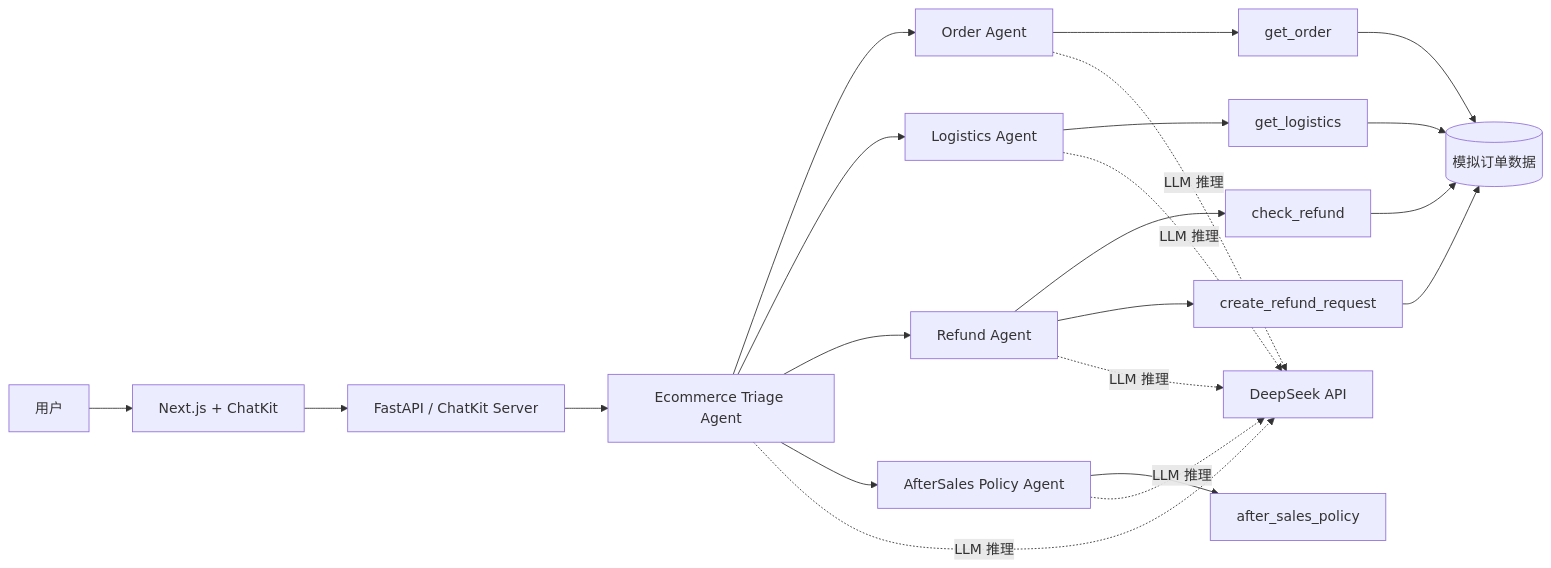
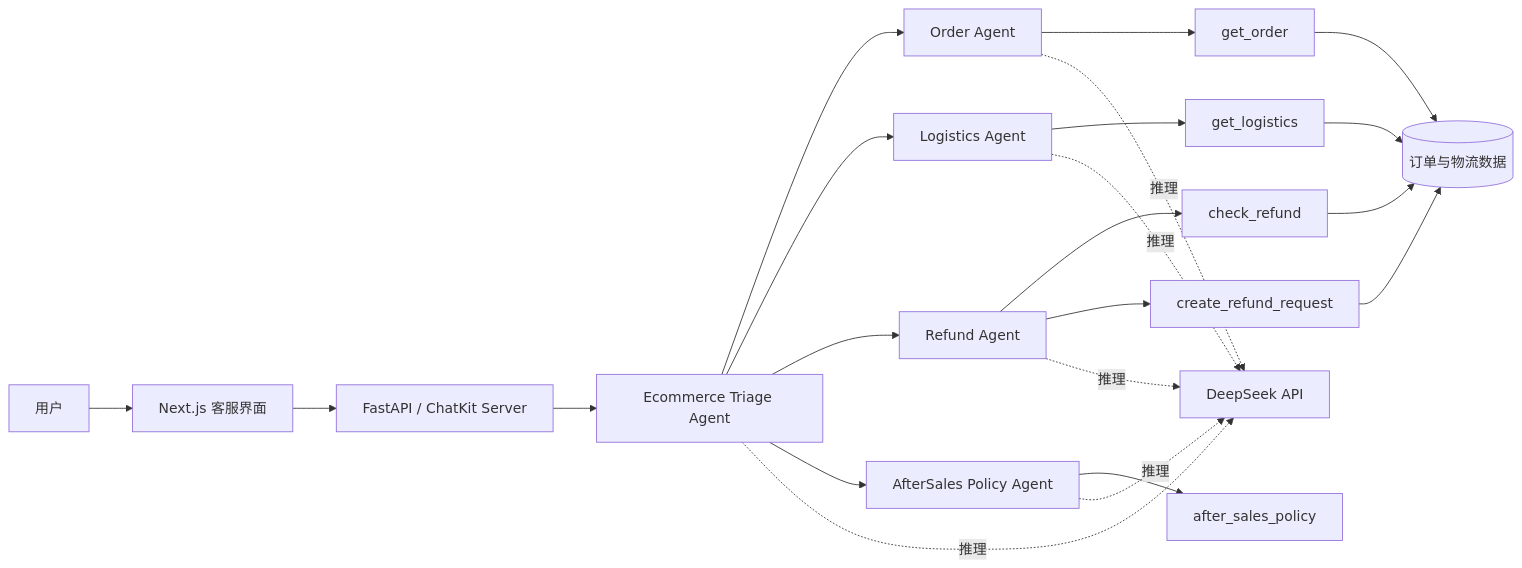
Before and after one commit to jiangxinjie02-lgtm/ecommerce-support-agent: the first of 2 diagrams in README.md, drawn with Mermaid. The commit also changed other lines of this file, not shown here.

````diff
--- a/README.md
+++ b/README.md
@@ -28,28 +30,28 @@
 ```mermaid
 flowchart LR
-    U[用户] --> UI[Next.js + ChatKit]
+    U[用户] --> UI[Next.js 客服界面]
     UI --> API[FastAPI / ChatKit Server]
     API --> T[Ecommerce Triage Agent]
 
     T --> O[Order Agent]
     T --> L[Logistics Agent]
     T --> R[Refund Agent]
-    T --> F[AfterSales Policy Agent]
+    T --> P[AfterSales Policy Agent]
 
-    O --> OT[get_order]
-    L --> LT[get_logistics]
-    R --> RC[check_refund]
-    R --> RR[create_refund_request]
-    F --> FP[after_sales_policy]
+    O --> O1[get_order]
+    L --> L1[get_logistics]
+    R --> R1[check_refund]
+    R --> R2[create_refund_request]
+    P --> P1[after_sales_policy]
 
-    OT --> DATA[(模拟订单数据)]
-    LT --> DATA
-    RC --> DATA
-    RR --> DATA
+    O1 --> D[(订单与物流数据)]
+    L1 --> D
+    R1 --> D
+    R2 --> D
 
-    T -. LLM 推理 .-> DS[DeepSeek API]
-    O -. LLM 推理 .-> DS
-    L -. LLM 推理 .-> DS
-    R -. LLM 推理 .-> DS
-    F -. LLM 推理 .-> DS
+    T -. 推理 .-> M[DeepSeek API]
+    O -. 推理 .-> M
+    L -. 推理 .-> M
+    R -. 推理 .-> M
+    P -. 推理 .-> M
 ```
````
